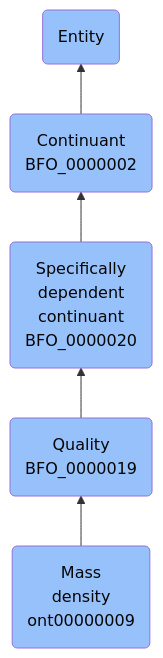
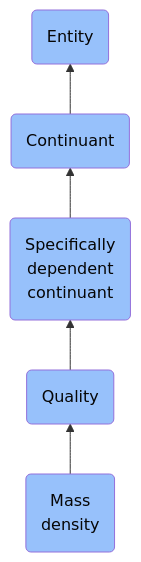
Before and after one commit to jupyter-naas/abi: the diagram in docs/ontology/reference/model/Entity/Continuant/Specifically dependent continuant/Quality/Mass density/Mass density.md, drawn with Mermaid. The commit also changed other lines of this file and 1430 other files, not shown here.

````diff
--- a/docs/ontology/reference/model/Entity/Continuant/Specifically dependent continuant/Quality/Mass density/Mass density.md
+++ b/docs/ontology/reference/model/Entity/Continuant/Specifically dependent continuant/Quality/Mass density/Mass density.md
@@ -24,12 +24,12 @@
 ```mermaid
 graph BT
-    ont00000009(Mass<br>density<br>ont00000009):::BFO-->BFO_0000019
-    BFO_0000019(Quality<br>BFO_0000019):::BFO-->BFO_0000020
-    BFO_0000020(Specifically<br>dependent<br>continuant<br>BFO_0000020):::BFO-->BFO_0000002
-    BFO_0000002(Continuant<br>BFO_0000002):::BFO-->BFO_0000001
+    ont00000009(Mass<br>density):::BFO-->BFO_0000019
+    BFO_0000019(Quality):::BFO-->BFO_0000020
+    BFO_0000020(Specifically<br>dependent<br>continuant):::BFO-->BFO_0000002
+    BFO_0000002(Continuant):::BFO-->BFO_0000001
     BFO_0000001(Entity):::BFO
     
     classDef BFO fill:#97c1fb,color:#060606
     classDef CCO fill:#e4c51e,color:#060606
     classDef ABI fill:#48DD82,color:#060606
 ```
````
